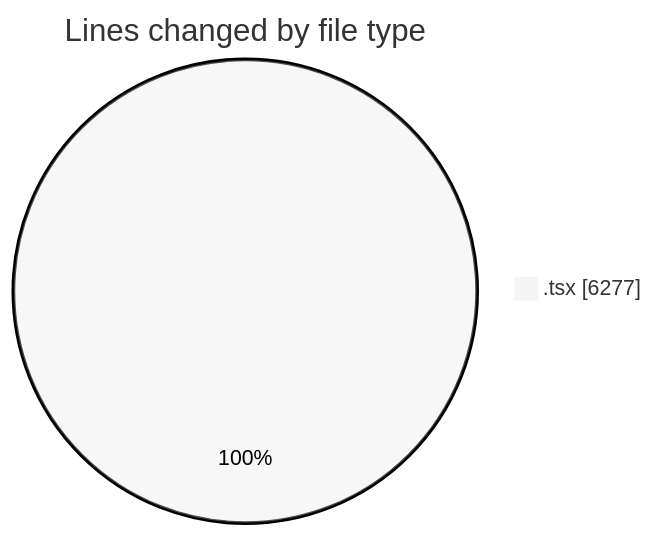
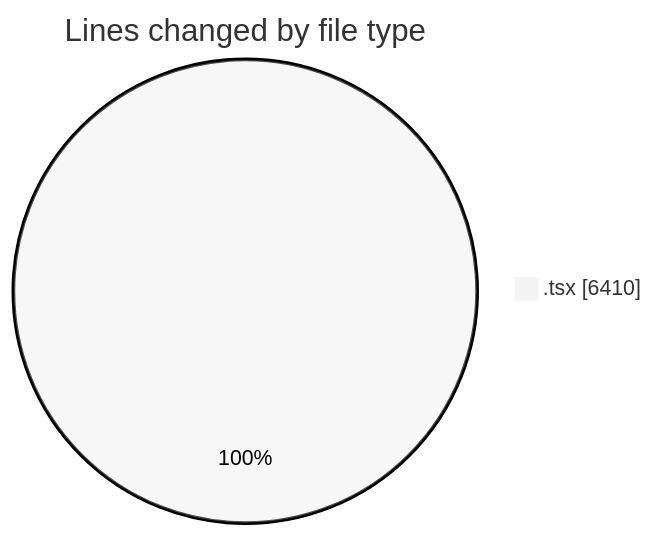
Before and after one commit to momahboobian/code-tracking: the first of 2 diagrams in 2025-12-04/cda/README.md, drawn with Mermaid (neutral theme). The commit also changed other lines of this file and 1 other file, not shown here.

````diff
--- a/2025-12-04/cda/README.md
+++ b/2025-12-04/cda/README.md
@@ -23,5 +24,5 @@
 ```mermaid
 pie showData
 title Lines changed by file type
-".tsx" : 6277
+".tsx" : 6410
 ```
````
